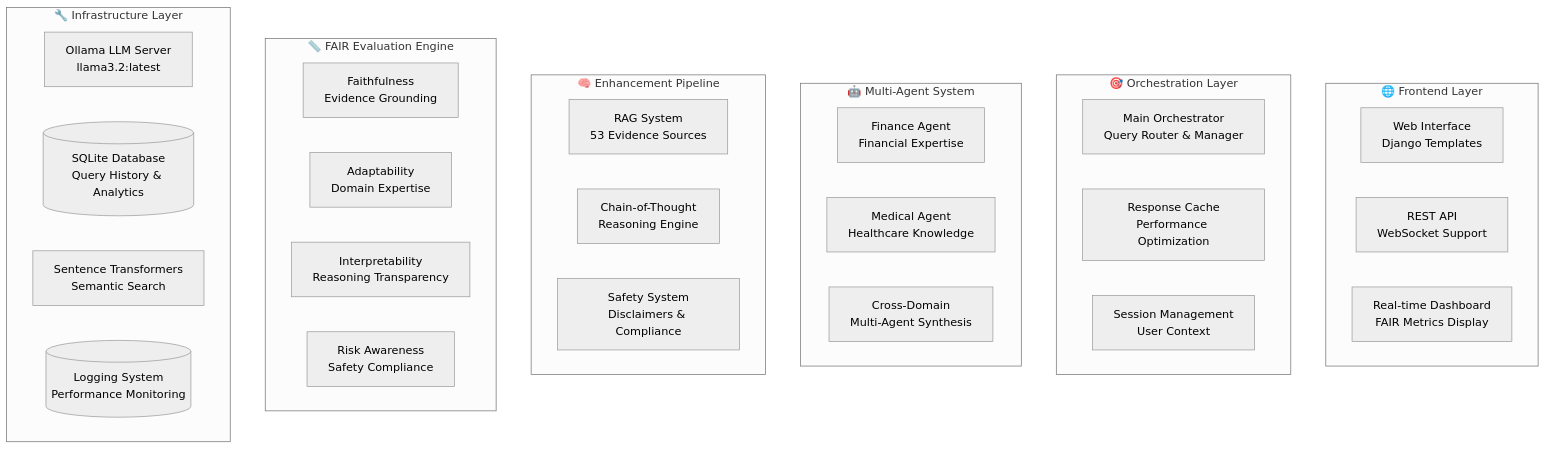
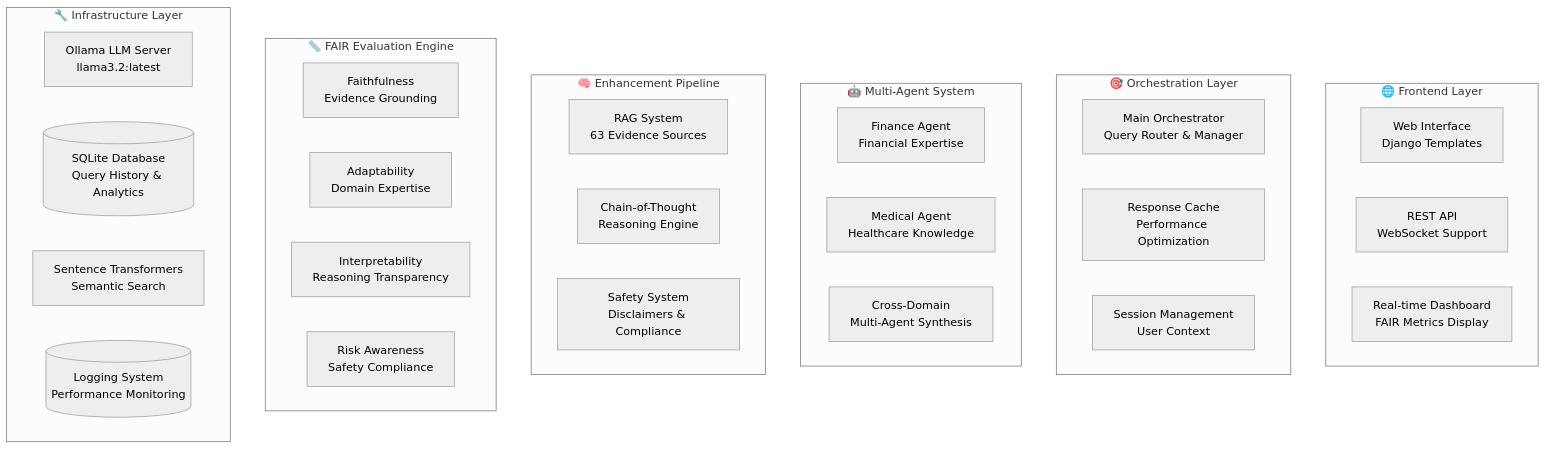
The tenth of 10 diagrams in README.md (somesh-ghaturle/Fair-Agent), drawn with Mermaid (neutral theme) before and after one commit. The commit also changed other lines of this file and 28 other files, not shown here.

````diff
--- a/README.md
+++ b/README.md
@@ -411,40 +419,40 @@
 ```mermaid
 graph TB
     subgraph "🌐 Frontend Layer"
         UI[Web Interface<br/>Django Templates]
         API[REST API<br/>WebSocket Support]
         DASH[Real-time Dashboard<br/>FAIR Metrics Display]
     end
     
     subgraph "🎯 Orchestration Layer"
         ORCH[Main Orchestrator<br/>Query Router & Manager]
         CACHE[Response Cache<br/>Performance Optimization]
         SESSION[Session Management<br/>User Context]
     end
     
     subgraph "🤖 Multi-Agent System"
         FA[Finance Agent<br/>Financial Expertise]
         MA[Medical Agent<br/>Healthcare Knowledge]
         CROSS[Cross-Domain<br/>Multi-Agent Synthesis]
     end
     
     subgraph "🧠 Enhancement Pipeline"
-        RAG[RAG System<br/>53 Evidence Sources]
+        RAG[RAG System<br/>63 Evidence Sources]
         COT[Chain-of-Thought<br/>Reasoning Engine]
         SAFETY[Safety System<br/>Disclaimers & Compliance]
     end
     
     subgraph "📏 FAIR Evaluation Engine"
         FAITH[Faithfulness<br/>Evidence Grounding]
         ADAPT[Adaptability<br/>Domain Expertise]
         INTERP[Interpretability<br/>Reasoning Transparency]
         RISK[Risk Awareness<br/>Safety Compliance]
     end
     
     subgraph "🔧 Infrastructure Layer"
         OLLAMA[Ollama LLM Server<br/>llama3.2:latest]
         DB[(SQLite Database<br/>Query History & Analytics)]
         EMBED[Sentence Transformers<br/>Semantic Search]
         LOGS[(Logging System<br/>Performance Monitoring)]
     end
 ```
````
